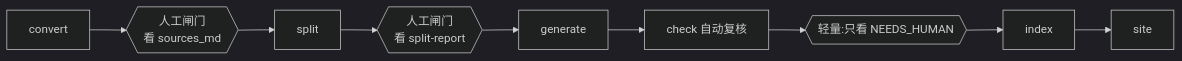
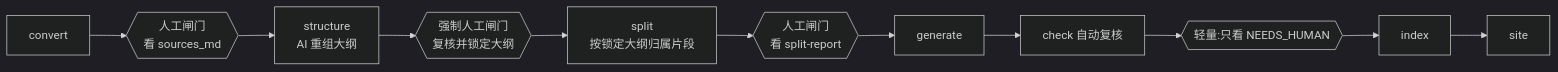
The third of 5 diagrams in plan.md (pppwaw/bookwiki), drawn with Mermaid (dark theme) before and after one commit. The commit also changed other lines of this file and 1 other file, not shown here.

Commit message:
Add AI structure reorganization and manual review process to chapter splitting

````diff
--- a/plan.md
+++ b/plan.md
@@ -568,10 +520,12 @@
 ```mermaid
 flowchart LR
     CV[convert] --> G1{{人工闸门<br/>看 sources_md}}
-    G1 --> SP[split]
-    SP --> G2{{人工闸门<br/>看 split-report}}
-    G2 --> GEN[generate]
+    G1 --> STR[structure<br/>AI 重组大纲]
+    STR --> G2{{强制人工闸门<br/>复核并锁定大纲}}
+    G2 --> SP[split<br/>按锁定大纲归属片段]
+    SP --> G3{{人工闸门<br/>看 split-report}}
+    G3 --> GEN[generate]
     GEN --> CK[check 自动复核]
-    CK --> G3{{轻量:只看 NEEDS_HUMAN}}
-    G3 --> IDX[index] --> ST[site]
+    CK --> G4{{轻量:只看 NEEDS_HUMAN}}
+    G4 --> IDX[index] --> ST[site]
 ```
````
